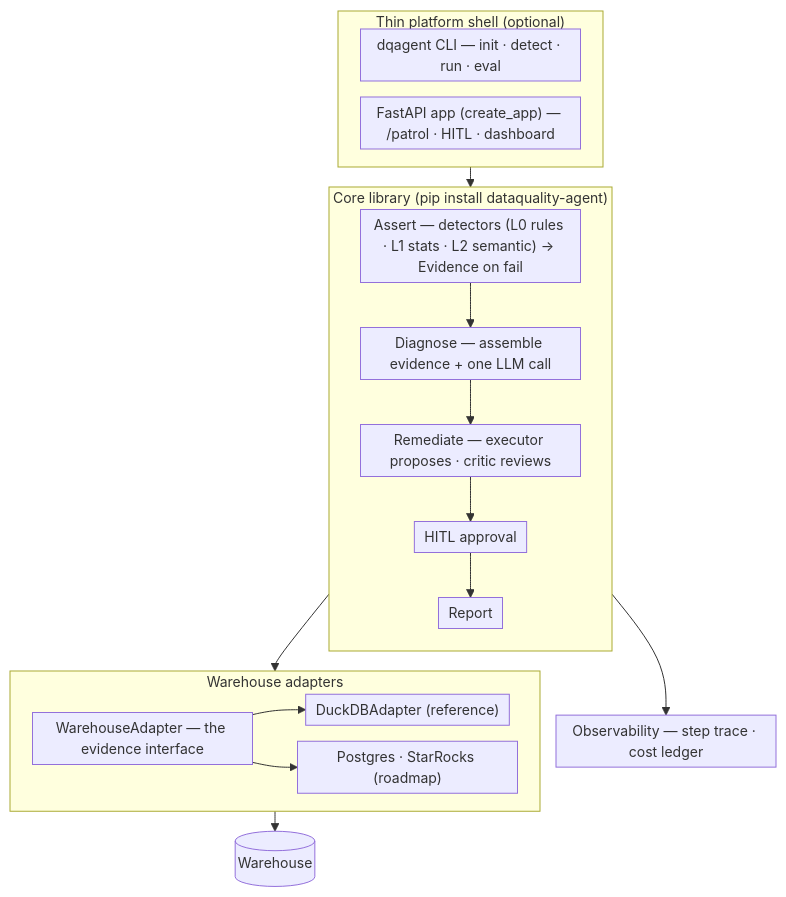
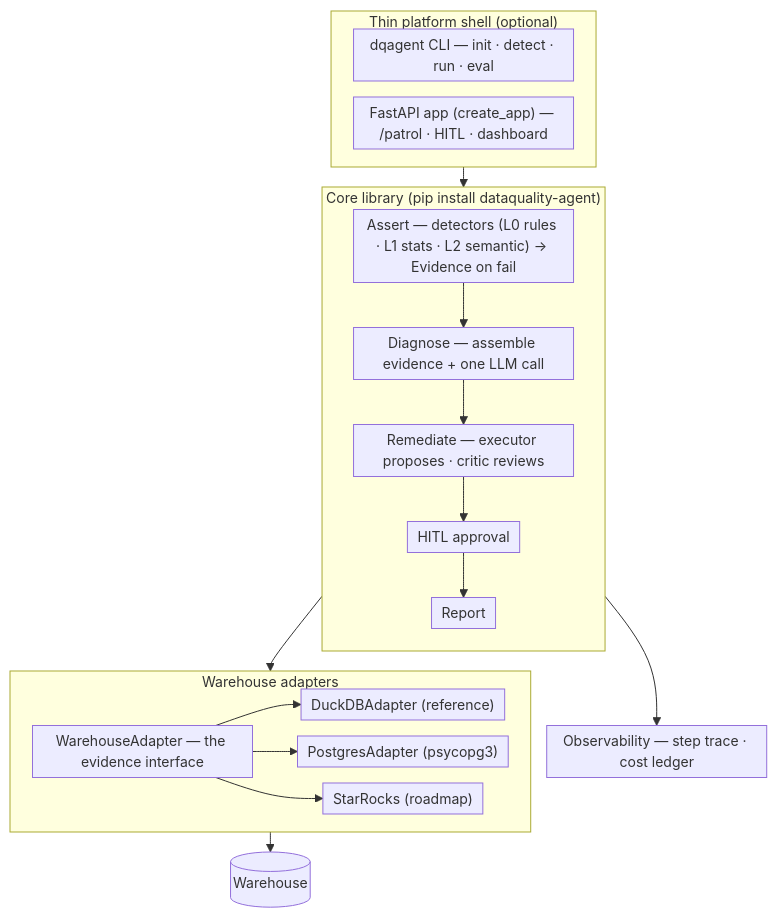
One commit to wanghesong2019/dataquality-agent changed the diagram in website/docs/concepts/architecture.md. Above: the diagram before and after it, drawn with Mermaid. The commit also changed other lines of this file and 10 other files, not shown here.

Commit message:
docs: adapt website + roadmap to v0.3.0 (declarative catalog, PostgresAdapter, --assertions)

````diff
--- a/website/docs/concepts/architecture.md
+++ b/website/docs/concepts/architecture.md
@@ -11,33 +11,35 @@
 ```mermaid
 %%{init: {"themeVariables": {"fontSize": "14px"}, "flowchart": {"nodeSpacing": 16, "rankSpacing": 20, "padding": 5}}}%%
 flowchart TD
     subgraph Shell["Thin platform shell (optional)"]
         CLI["dqagent CLI — init · detect · run · eval"]
         Serve["FastAPI app (create_app) — /patrol · HITL · dashboard"]
     end
 
     subgraph Core["Core library (pip install dataquality-agent)"]
         direction TB
         Assert["Assert — detectors (L0 rules · L1 stats · L2 semantic) → Evidence on fail"]
         Diag["Diagnose — assemble evidence + one LLM call"]
         Rem["Remediate — executor proposes · critic reviews"]
         Hitl["HITL approval"]
         Rep["Report"]
         Assert --> Diag --> Rem --> Hitl --> Rep
     end
 
     subgraph Adapters["Warehouse adapters"]
         WA["WarehouseAdapter — the evidence interface"]
         Duck["DuckDBAdapter (reference)"]
-        Future["Postgres · StarRocks (roadmap)"]
+        PG["PostgresAdapter (psycopg3)"]
+        Future["StarRocks (roadmap)"]
     end
 
     Obs["Observability — step trace · cost ledger"]
 
     Shell --> Core
     Core --> Adapters
     Core --> Obs
     WA --> Duck
+    WA --> PG
     WA --> Future
     Adapters --> DB[("Warehouse")]
 ```
````
